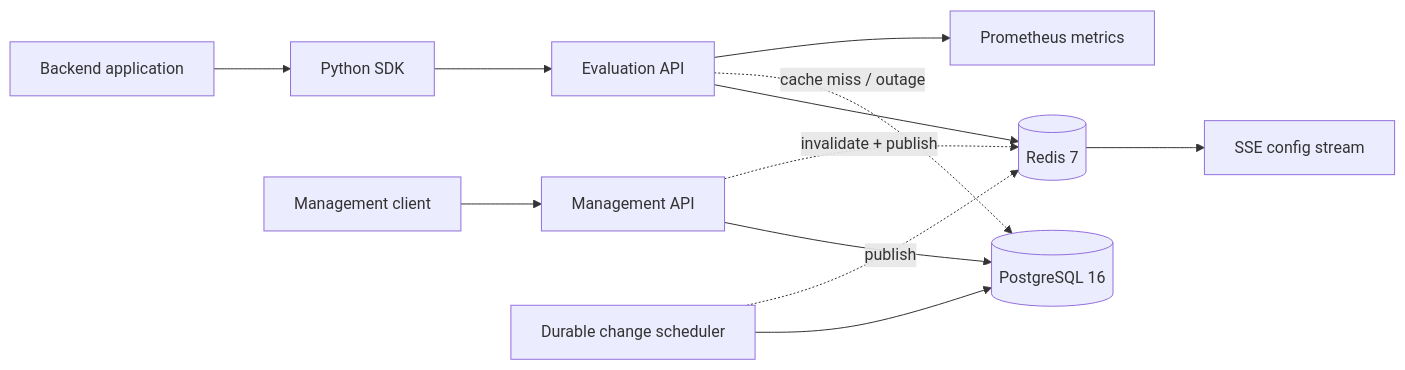
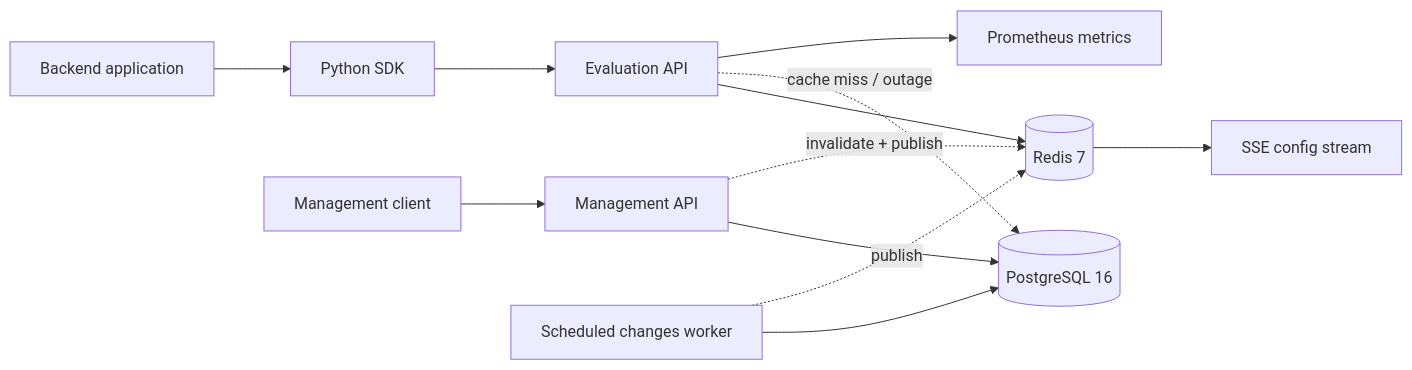
One commit to artyom129/CohortSwitch changed the first of 2 diagrams in README.md. Above: the diagram before and after it, drawn with Mermaid. The commit also changed other lines of this file and 12 other files, not shown here.

````diff
--- a/README.md
+++ b/README.md
@@ -19,14 +36,14 @@
 ```mermaid
 flowchart LR
     App["Backend application"] --> SDK["Python SDK"]
     SDK --> Eval["Evaluation API"]
     Admin["Management client"] --> Control["Management API"]
     Control --> PG[("PostgreSQL 16")]
     Control -. "invalidate + publish" .-> Redis[("Redis 7")]
     Eval --> Redis
     Eval -. "cache miss / outage" .-> PG
     Redis --> SSE["SSE config stream"]
-    Scheduler["Durable change scheduler"] --> PG
+    Scheduler["Scheduled changes worker"] --> PG
     Scheduler -. "publish" .-> Redis
     Eval --> Metrics["Prometheus metrics"]
 ```
````
